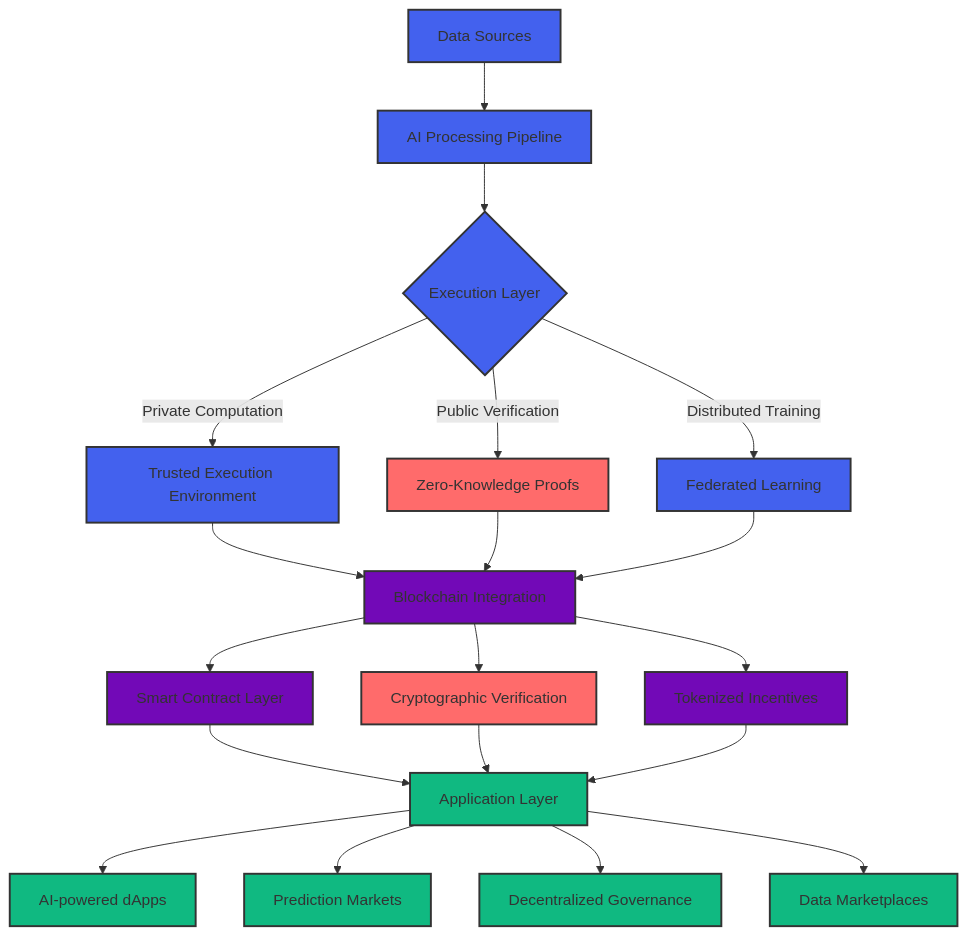
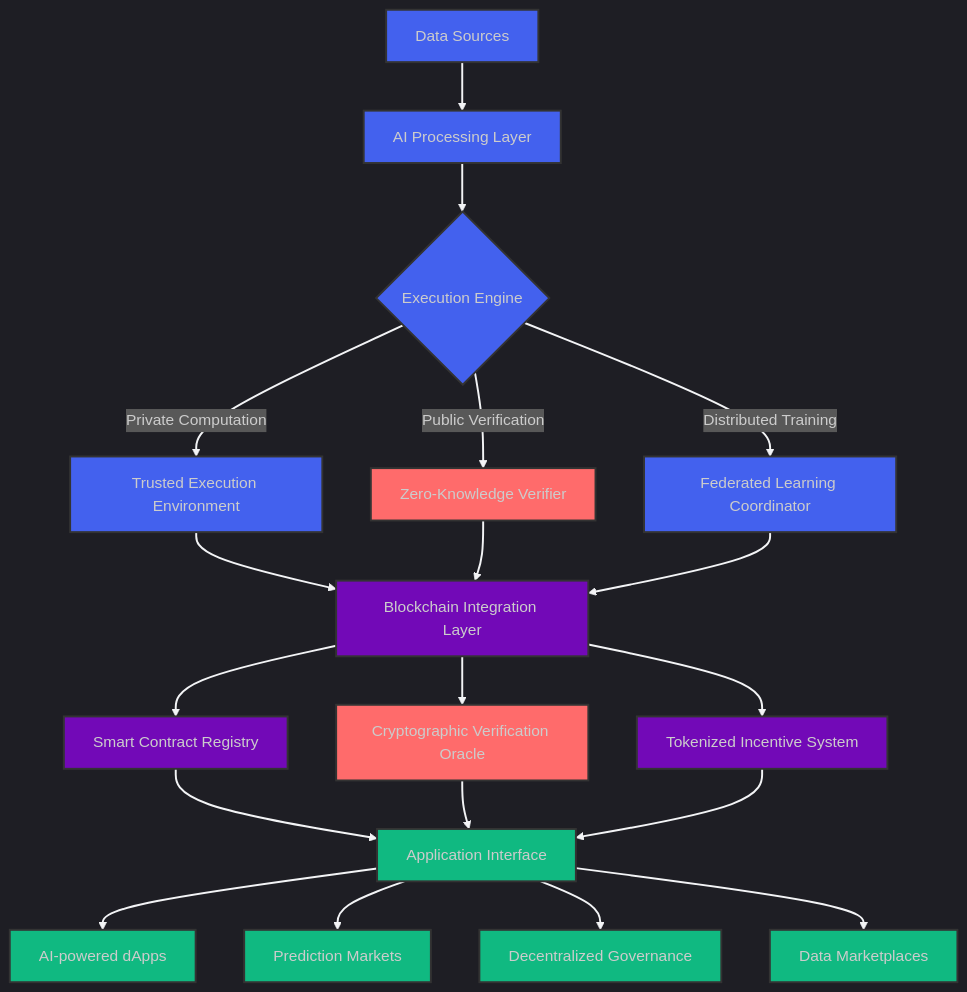
The diagram in README.md (kjanuda/kjanuda), drawn with Mermaid before and after one commit. The commit also changed other lines of this file, not shown here.

````diff
--- a/README.md
+++ b/README.md
@@ -235,32 +251,35 @@
 ```mermaid
-graph TD
-    A[Data Sources] --> B[AI Processing Pipeline]
-    B --> C{Execution Layer}
+%%{init: {'theme': 'dark', 'themeVariables': { 'primaryColor': '#4361ee', 'primaryTextColor': '#fff', 'primaryBorderColor': '#7C0AF1', 'lineColor': '#F3F4F6', 'secondaryColor': '#7209b7', 'tertiaryColor': '#ff6b6b'}}}%%
+flowchart TB
+    A[Data Sources] --> B[AI Processing Layer]
+    B --> C{Execution Engine}
     
     C -->|Private Computation| D[Trusted Execution Environment]
-    C -->|Public Verification| E[Zero-Knowledge Proofs]
-    C -->|Distributed Training| F[Federated Learning]
+    C -->|Public Verification| E[Zero-Knowledge Verifier]
+    C -->|Distributed Training| F[Federated Learning Coordinator]
     
-    D & E & F --> G[Blockchain Integration]
+    D & E & F --> G[Blockchain Integration Layer]
     
-    G --> H[Smart Contract Layer]
-    G --> I[Cryptographic Verification]
-    G --> J[Tokenized Incentives]
+    G --> H[Smart Contract Registry]
+    G --> I[Cryptographic Verification Oracle]
+    G --> J[Tokenized Incentive System]
     
-    H & I & J --> K[Application Layer]
+    H & I & J --> K[Application Interface]
     
     K --> L[AI-powered dApps]
     K --> M[Prediction Markets]
     K --> N[Decentralized Governance]
     K --> O[Data Marketplaces]
     
-    classDef ai fill:#4361ee,stroke:#333,stroke-width:2px;
+    classDef primary fill:#4361ee,stroke:#333,stroke-width:2px;
     classDef security fill:#ff6b6b,stroke:#333,stroke-width:2px;
     classDef blockchain fill:#7209b7,stroke:#333,stroke-width:2px;
     classDef application fill:#10b981,stroke:#333,stroke-width:2px;
     
-    class A,B,C,D,F ai;
+    class A,B,C,D,F primary;
     class E,I security;
     class G,H,J blockchain;
     class K,L,M,N,O application;
+    
+    linkStyle default stroke:#f3f4f6,stroke-width:2px;
 ```
````
